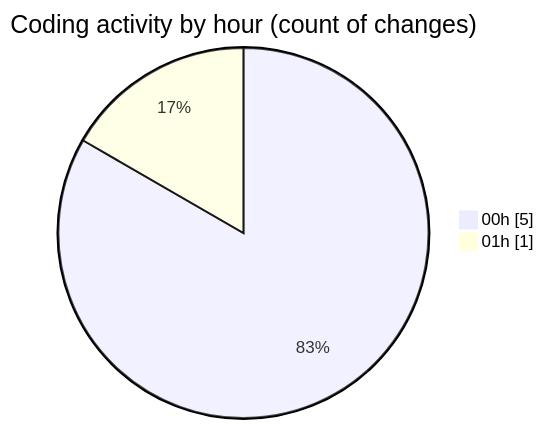
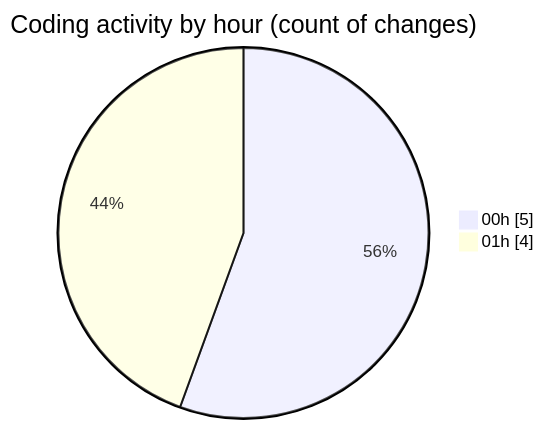
One commit to julien-gomy/code-tracking changed the second of 2 diagrams in 2025-11-06/usr_aleoudev_fr__workspace_/README.md. Above: the diagram before and after it, drawn with Mermaid. The commit also changed other lines of this file and 1 other file, not shown here.

````diff
--- a/2025-11-06/usr_aleoudev_fr__workspace_/README.md
+++ b/2025-11-06/usr_aleoudev_fr__workspace_/README.md
@@ -31,6 +31,6 @@
 ```mermaid
 pie showData
 title Coding activity by hour (count of changes)
 "00h" : 5
-"01h" : 1
+"01h" : 4
 ```
````
